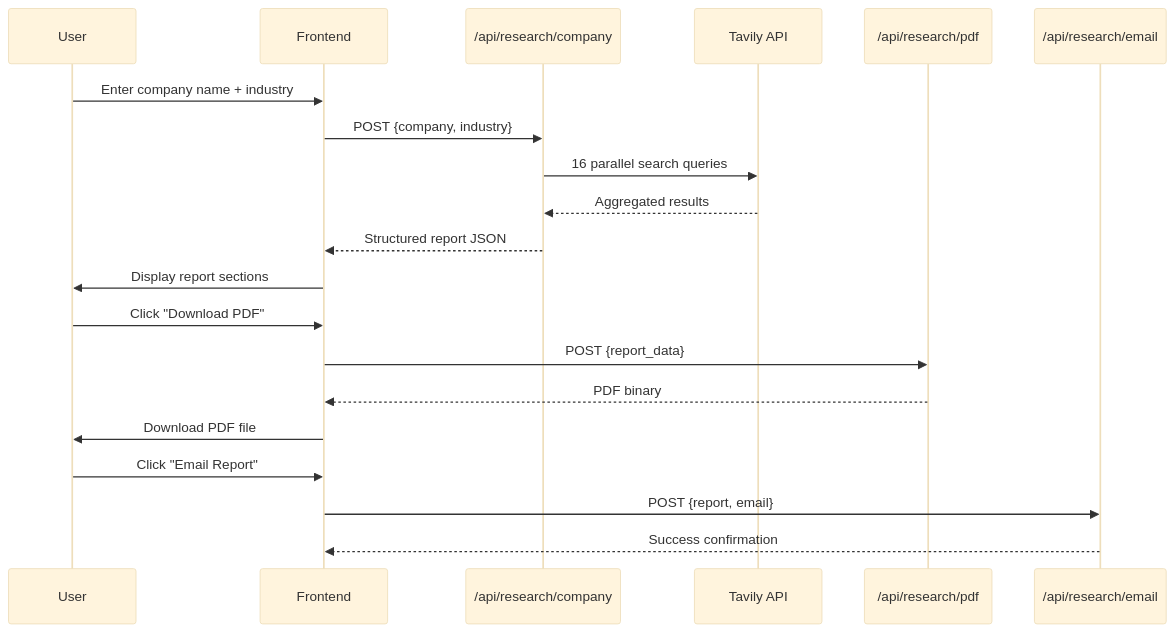
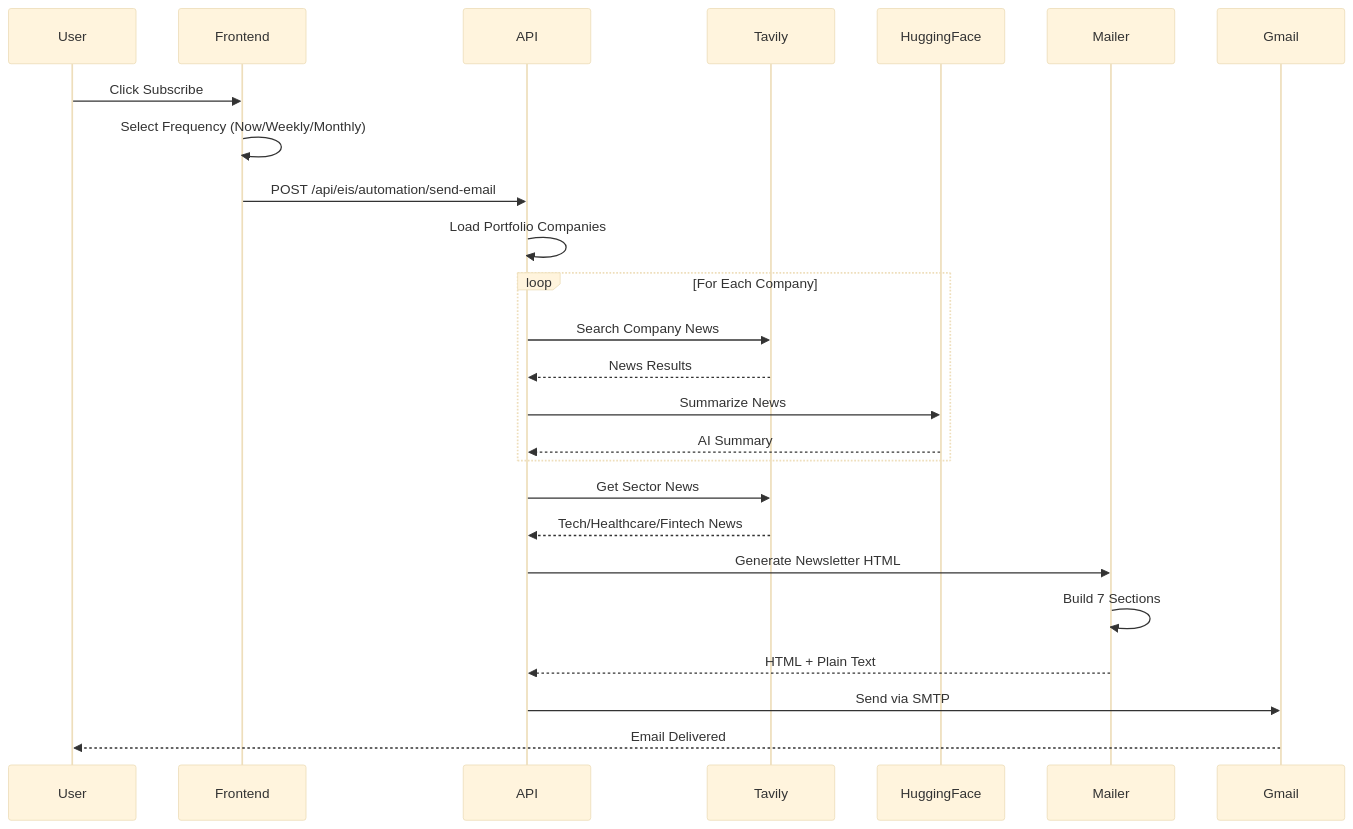
The sixth of 12 diagrams in EIS_ARCHITECTURE_REPORT.md (nagasriramnani/Currency-Intelligence-Platform-V2), drawn with Mermaid (base theme) before and after one commit. The commit also changed other lines of this file, not shown here.

First line of the commit message:
docs: EIS Architecture Report with 5 Mermaid diagrams

````diff
--- a/EIS_ARCHITECTURE_REPORT.md
+++ b/EIS_ARCHITECTURE_REPORT.md
@@ -250,25 +263,33 @@
 ```mermaid
 sequenceDiagram
-    participant U as User
-    participant F as Frontend
-    participant R as /api/research/company
-    participant T as Tavily API
-    participant P as /api/research/pdf
-    participant E as /api/research/email
+    participant User
+    participant Frontend
+    participant API
+    participant Tavily
+    participant HuggingFace
+    participant Mailer
+    participant Gmail
 
-    U->>F: Enter company name + industry
-    F->>R: POST {company, industry}
-    R->>T: 16 parallel search queries
-    T-->>R: Aggregated results
-    R-->>F: Structured report JSON
-    F->>U: Display report sections
-
-    U->>F: Click "Download PDF"
-    F->>P: POST {report_data}
-    P-->>F: PDF binary
-    F->>U: Download PDF file
-
-    U->>F: Click "Email Report"
-    F->>E: POST {report, email}
-    E-->>F: Success confirmation
+    User->>Frontend: Click Subscribe
+    Frontend->>Frontend: Select Frequency (Now/Weekly/Monthly)
+    Frontend->>API: POST /api/eis/automation/send-email
+    
+    API->>API: Load Portfolio Companies
+    
+    loop For Each Company
+        API->>Tavily: Search Company News
+        Tavily-->>API: News Results
+        API->>HuggingFace: Summarize News
+        HuggingFace-->>API: AI Summary
+    end
+    
+    API->>Tavily: Get Sector News
+    Tavily-->>API: Tech/Healthcare/Fintech News
+    
+    API->>Mailer: Generate Newsletter HTML
+    Mailer->>Mailer: Build 7 Sections
+    Mailer-->>API: HTML + Plain Text
+    
+    API->>Gmail: Send via SMTP
+    Gmail-->>User: Email Delivered
 ```
````
